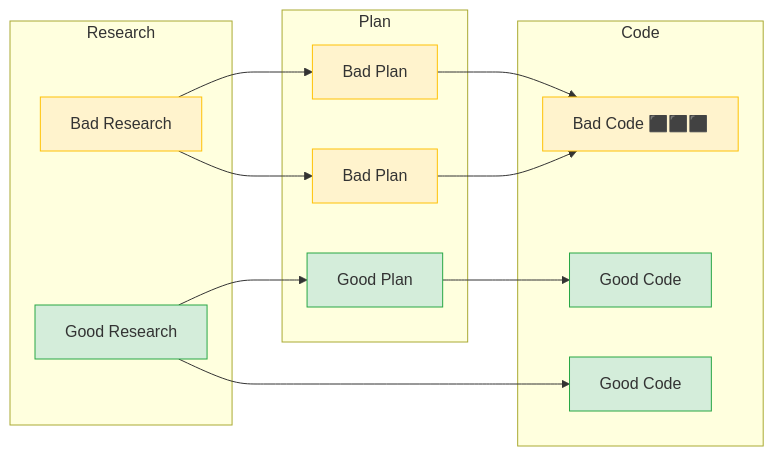
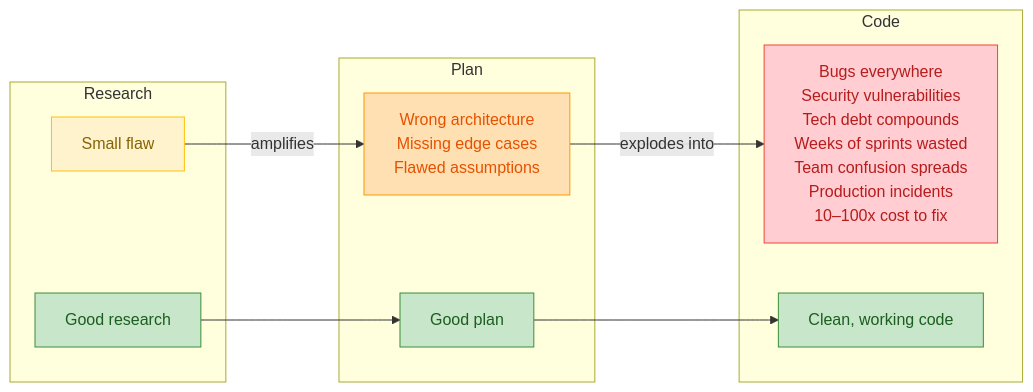
The first of 2 diagrams in docs-site/docs/overview/why-specweave.md (anton-abyzov/specweave), drawn with Mermaid before and after one commit. The commit also changed other lines of this file and 77 other files, not shown here.

````diff
--- a/docs-site/docs/overview/why-specweave.md
+++ b/docs-site/docs/overview/why-specweave.md
@@ -74,34 +76,26 @@
 ```mermaid
 graph LR
     subgraph Research
-        BR[Bad Research]
-        GR[Good Research]
+        BR["Small flaw"]
+        GR["Good research"]
     end
     subgraph Plan
-        GP[Good Plan]
-        BP1[Bad Plan]
-        BP2[Bad Plan]
+        BP["Wrong architecture<br/>Missing edge cases<br/>Flawed assumptions"]
+        GP["Good plan"]
     end
     subgraph Code
-        GC1[Good Code]
-        BC[Bad Code ⬛⬛⬛]
-        GC2[Good Code]
+        BC["Bugs everywhere<br/>Security vulnerabilities<br/>Tech debt compounds<br/>Weeks of sprints wasted<br/>Team confusion spreads<br/>Production incidents<br/>10–100x cost to fix"]
+        GC["Clean, working code"]
     end
 
-    BR --> BP1
-    BR --> BP2
-    GR --> GP
-    GP --> GC1
-    BP1 --> BC
-    BP2 --> BC
-    GR --> GC2
+    BR -->|amplifies| BP
+    BP -->|explodes into| BC
+    GR --> GP --> GC
 
-    style BR fill:#fff3cd,stroke:#ffc107
-    style BP1 fill:#fff3cd,stroke:#ffc107
-    style BP2 fill:#fff3cd,stroke:#ffc107
-    style BC fill:#fff3cd,stroke:#ffc107
-    style GR fill:#d4edda,stroke:#28a745
-    style GP fill:#d4edda,stroke:#28a745
-    style GC1 fill:#d4edda,stroke:#28a745
-    style GC2 fill:#d4edda,stroke:#28a745
+    style BR fill:#fff3cd,stroke:#ffc107,color:#856404
+    style BP fill:#ffe0b2,stroke:#ff9800,color:#e65100
+    style BC fill:#ffcdd2,stroke:#f44336,color:#b71c1c
+    style GR fill:#c8e6c9,stroke:#388e3c,color:#1b5e20
+    style GP fill:#c8e6c9,stroke:#388e3c,color:#1b5e20
+    style GC fill:#c8e6c9,stroke:#388e3c,color:#1b5e20
 ```
````
